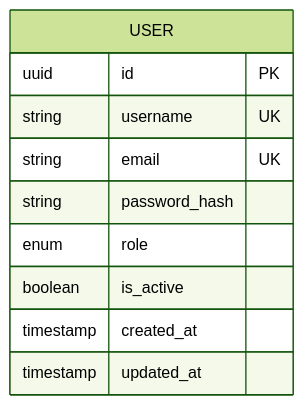
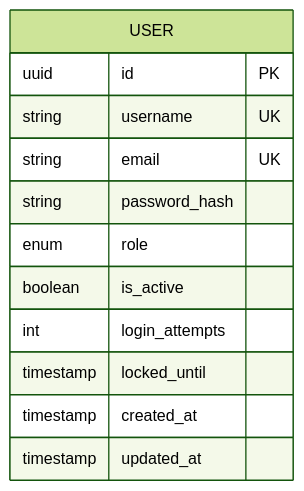
One commit to vu1Art1st/talos changed the fifth of 8 diagrams in .qoder/repowiki/zh/content/后端API文档/认证授权API.md. Above: the diagram before and after it, drawn with Mermaid (forest theme). The commit also changed other lines of this file and 132 other files, not shown here.

````diff
--- a/.qoder/repowiki/zh/content/后端API文档/认证授权API.md
+++ b/.qoder/repowiki/zh/content/后端API文档/认证授权API.md
@@ -198,13 +230,15 @@
 ```mermaid
 erDiagram
 USER {
 uuid id PK
 string username UK
 string email UK
 string password_hash
 enum role
 boolean is_active
+int login_attempts
+timestamp locked_until
 timestamp created_at
 timestamp updated_at
 }
 ```
````
